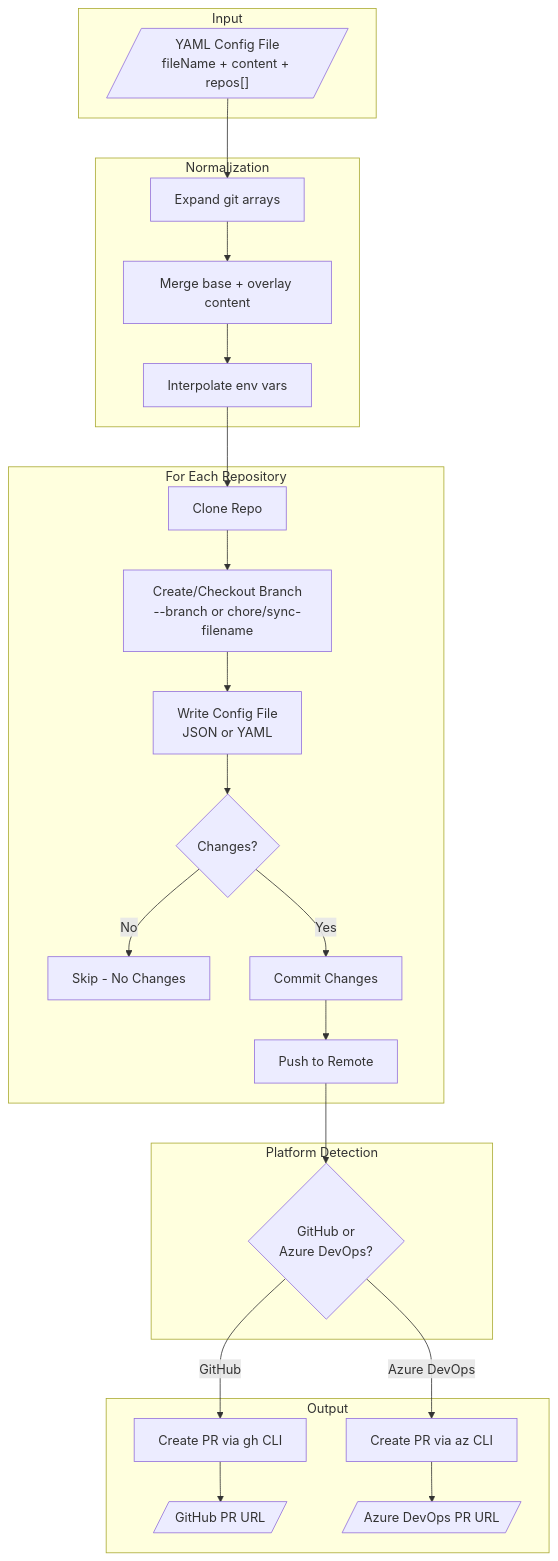
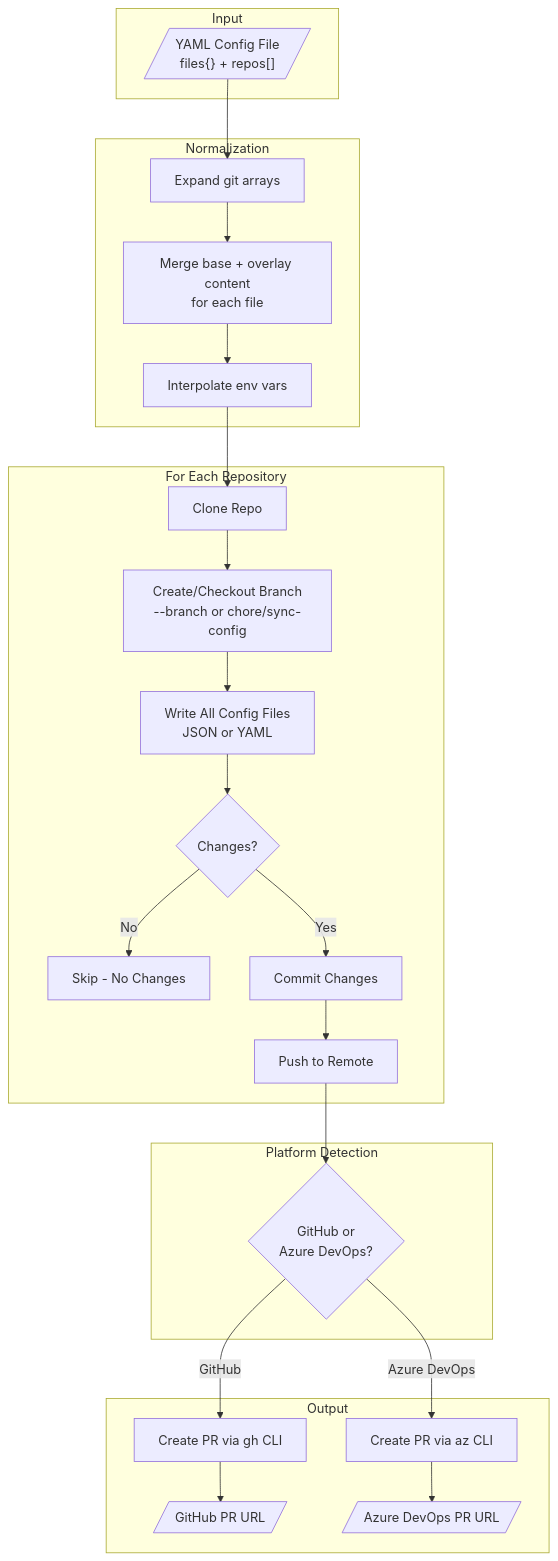
The diagram in README.md (anthony-spruyt/json-config-sync), drawn with Mermaid before and after one commit. The commit also changed other lines of this file and 19 other files, not shown here.

````diff
--- a/README.md
+++ b/README.md
@@ -311,34 +380,34 @@
 ```mermaid
 flowchart TB
     subgraph Input
-        YAML[/"YAML Config File<br/>fileName + content + repos[]"/]
+        YAML[/"YAML Config File<br/>files{} + repos[]"/]
     end
 
     subgraph Normalization
-        EXPAND[Expand git arrays] --> MERGE[Merge base + overlay content]
+        EXPAND[Expand git arrays] --> MERGE[Merge base + overlay content<br/>for each file]
         MERGE --> ENV[Interpolate env vars]
     end
 
     subgraph Processing["For Each Repository"]
-        CLONE[Clone Repo] --> BRANCH[Create/Checkout Branch<br/>--branch or chore/sync-filename]
-        BRANCH --> WRITE[Write Config File<br/>JSON or YAML]
+        CLONE[Clone Repo] --> BRANCH[Create/Checkout Branch<br/>--branch or chore/sync-config]
+        BRANCH --> WRITE[Write All Config Files<br/>JSON or YAML]
         WRITE --> CHECK{Changes?}
         CHECK -->|No| SKIP[Skip - No Changes]
         CHECK -->|Yes| COMMIT[Commit Changes]
         COMMIT --> PUSH[Push to Remote]
     end
 
     subgraph Platform["Platform Detection"]
         PUSH --> DETECT{GitHub or<br/>Azure DevOps?}
     end
 
     subgraph Output
         DETECT -->|GitHub| GH_PR[Create PR via gh CLI]
         DETECT -->|Azure DevOps| AZ_PR[Create PR via az CLI]
         GH_PR --> GH_URL[/"GitHub PR URL"/]
         AZ_PR --> AZ_URL[/"Azure DevOps PR URL"/]
     end
 
     YAML --> EXPAND
     ENV --> CLONE
 ```
````
